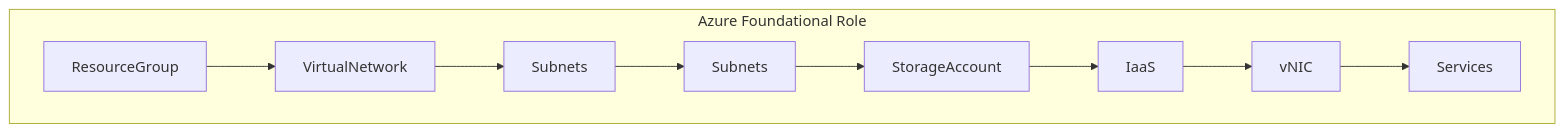
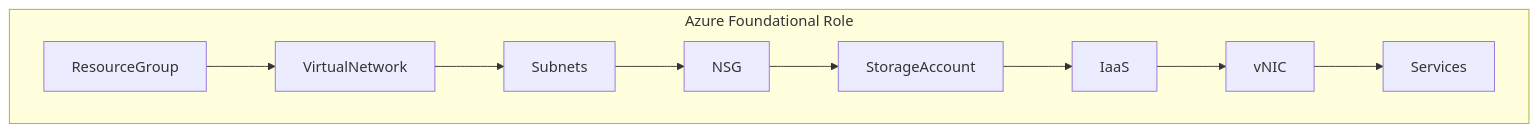
One commit to slagathor34/awx-lab changed the diagram in azure-foundations/README.md. Above: the diagram before and after it, drawn with Mermaid.

Commit message:
Changed mermaid in README

````diff
--- a/azure-foundations/README.md
+++ b/azure-foundations/README.md
@@ -2,12 +2,12 @@
 ```mermaid
 graph TB
   subgraph "Azure Foundational Role"
   Node1[ResourceGroup] --> Node2[VirtualNetwork]
   Node2[VirtualNetwork] --> Node3[Subnets]
   Node3[Subnets] --> Node4[NSG]
-  Node4[Subnets] --> Node5[StorageAccount]
+  Node4[NSG] --> Node5[StorageAccount]
   Node5[StorageAccount] --> Node6[IaaS]
   Node6[IaaS] --> Node7[vNIC]
   Node7[vNIC] --> Node8[Services]
 end
 ```
````
